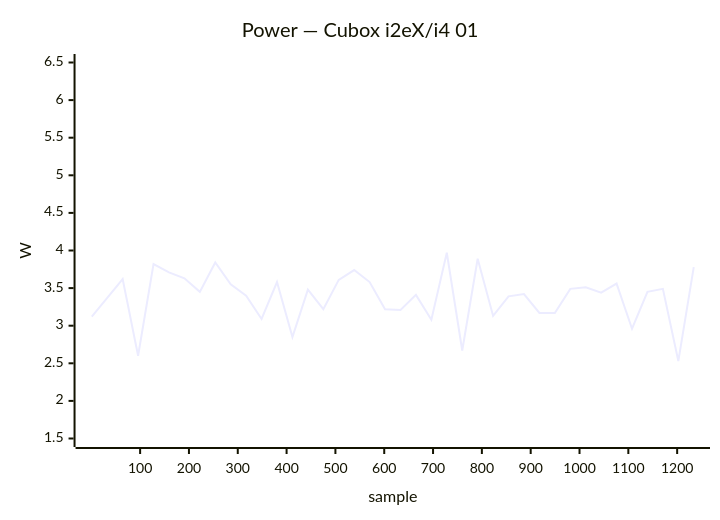
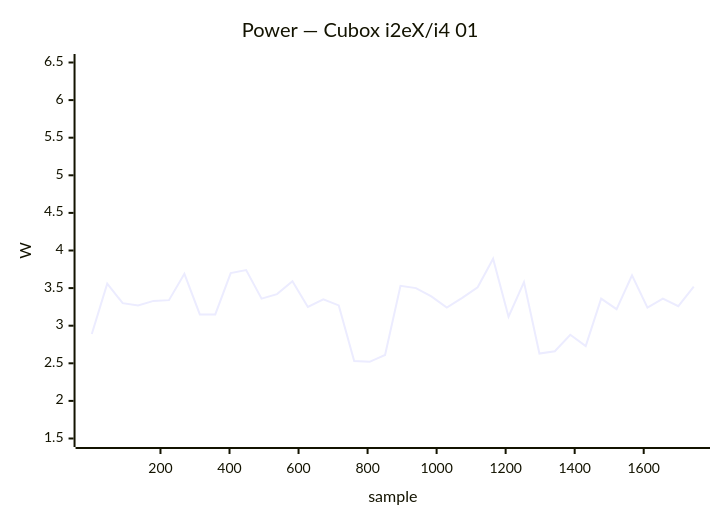
Diagram 12 of 41 in docs/status/board-tests.md (armbian/documentation), drawn with Mermaid before and after one commit. The commit also changed other lines of this file, not shown here.

````diff
--- a/docs/status/board-tests.md
+++ b/docs/status/board-tests.md
@@ -592,7 +520,7 @@
 ```mermaid
 xychart-beta
     title "Power — Cubox i2eX/i4 01"
-    x-axis "sample" 1 --> 1234
+    x-axis "sample" 1 --> 1745
     y-axis "W" 1.5 --> 6.5
-    line [3.12, 3.37, 3.62, 2.60, 3.82, 3.71, 3.63, 3.45, 3.84, 3.55, 3.40, 3.09, 3.58, 2.85, 3.48, 3.22, 3.61, 3.74, 3.58, 3.22, 3.21, 3.41, 3.08, 3.97, 2.67, 3.89, 3.13, 3.39, 3.42, 3.17, 3.17, 3.49, 3.51, 3.44, 3.56, 2.96, 3.45, 3.49, 2.53, 3.78]
+    line [2.89, 3.56, 3.30, 3.27, 3.33, 3.34, 3.69, 3.15, 3.15, 3.70, 3.74, 3.36, 3.42, 3.59, 3.25, 3.35, 3.27, 2.53, 2.52, 2.61, 3.53, 3.50, 3.39, 3.24, 3.37, 3.51, 3.89, 3.12, 3.58, 2.63, 2.66, 2.88, 2.73, 3.36, 3.22, 3.67, 3.24, 3.36, 3.26, 3.52]
 ```
````
